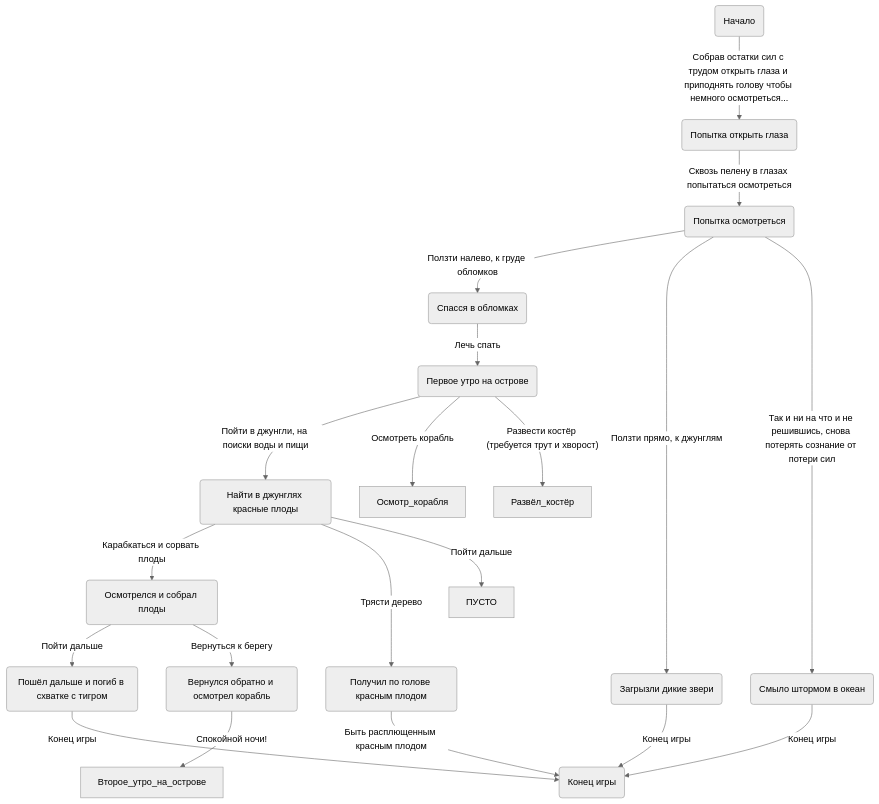
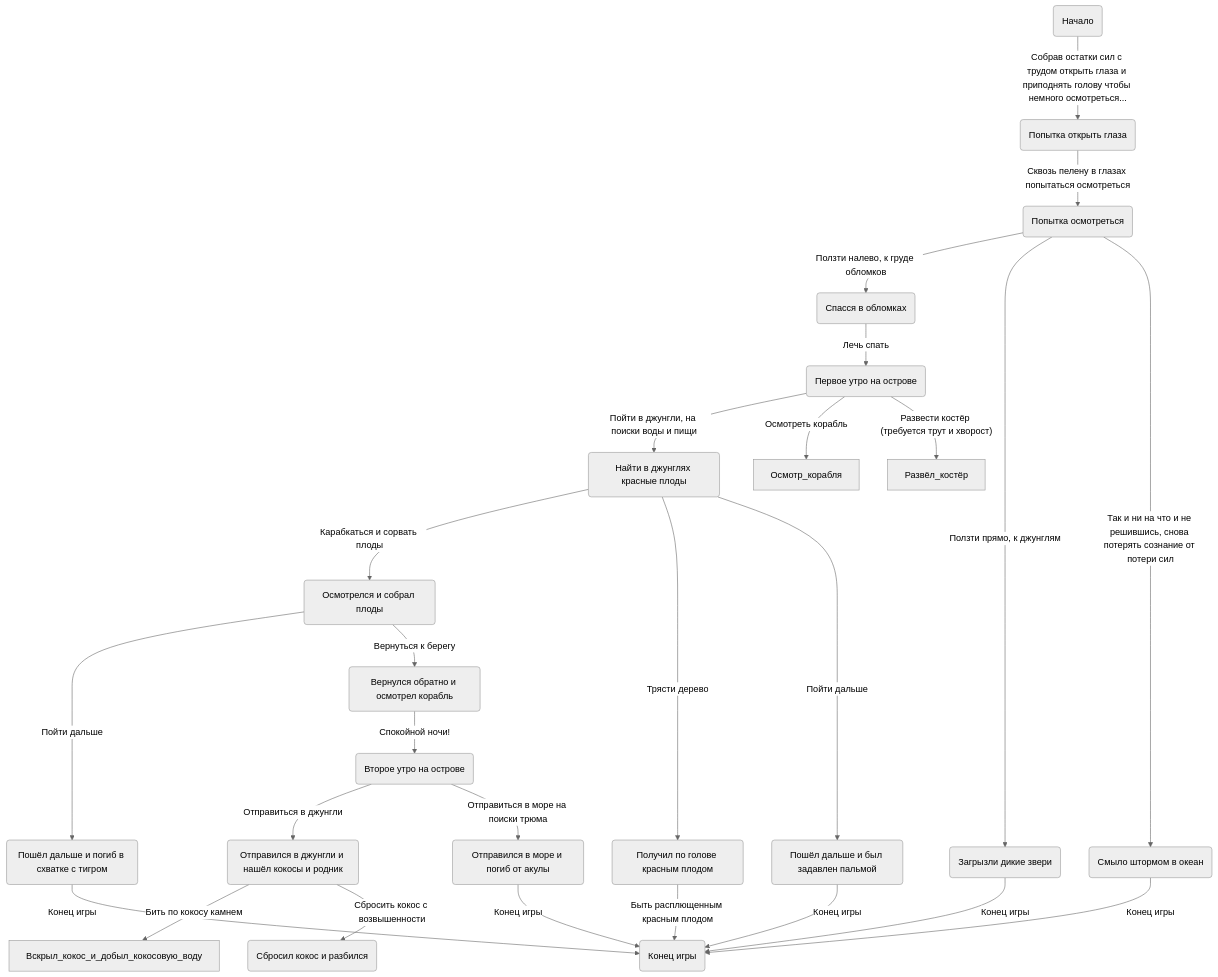
Before and after one commit to usachborodach/RobinZone: the diagram in diagram.mmd, drawn with Mermaid (neutral theme). The commit also changed 12 other files, not shown here.

```diff
--- a/diagram.mmd
+++ b/diagram.mmd
@@ -1,33 +1,44 @@
 flowchart TD
+Пошёл_дальше_и_был_задавлен_пальмой("Пошёл дальше и был задавлен пальмой")
+Пошёл_дальше_и_был_задавлен_пальмой -- Конец игры --> Конец_игры
 Пошёл_дальше_и_погиб_в_схватке_с_тигром("Пошёл дальше и погиб в схватке с тигром")
 Пошёл_дальше_и_погиб_в_схватке_с_тигром -- Конец игры --> Конец_игры
 Первое_утро_на_острове("Первое утро на острове")
 Первое_утро_на_острове -- Пойти в джунгли, на поиски воды и пищи --> Найти_в_джунглях_красные_плоды
 Первое_утро_на_острове -- Осмотреть корабль --> Осмотр_корабля
 Первое_утро_на_острове -- Развести костёр (требуется трут и хворост) --> Развёл_костёр
 Попытка_осмотреться("Попытка осмотреться")
 Попытка_осмотреться -- Ползти налево, к груде обломков --> Спасся_в_обломках
 Попытка_осмотреться -- Ползти прямо, к джунглям --> Загрызли_дикие_звери
 Попытка_осмотреться -- Так и ни на что и не решившись, снова потерять сознание от потери сил --> Смыло_штормом_в_океан
+Отправился_в_море_и_погиб_от_акулы("Отправился в море и погиб от акулы")
+Отправился_в_море_и_погиб_от_акулы -- Конец игры --> Конец_игры
 Осмотрелся_и_собрал_плоды("Осмотрелся и собрал плоды")
 Осмотрелся_и_собрал_плоды -- Пойти дальше --> Пошёл_дальше_и_погиб_в_схватке_с_тигром
 Осмотрелся_и_собрал_плоды -- Вернуться к берегу --> Вернулся_обратно_и_осмотрел_корабль
+Второе_утро_на_острове("Второе утро на острове")
+Второе_утро_на_острове -- Отправиться в джунгли --> Отправился_в_джунгли_и_нашёл_кокосы_и_родник
+Второе_утро_на_острове -- Отправиться в море на поиски трюма --> Отправился_в_море_и_погиб_от_акулы
 Попытка_открыть_глаза("Попытка открыть глаза")
 Попытка_открыть_глаза -- Сквозь пелену в глазах попытаться осмотреться --> Попытка_осмотреться
 Смыло_штормом_в_океан("Смыло штормом в океан")
 Смыло_штормом_в_океан -- Конец игры --> Конец_игры
 Найти_в_джунглях_красные_плоды("Найти в джунглях красные плоды")
 Найти_в_джунглях_красные_плоды -- Карабкаться и сорвать плоды --> Осмотрелся_и_собрал_плоды
 Найти_в_джунглях_красные_плоды -- Трясти дерево --> Получил_по_голове_красным_плодом
-Найти_в_джунглях_красные_плоды -- Пойти дальше --> ПУСТО
+Найти_в_джунглях_красные_плоды -- Пойти дальше --> Пошёл_дальше_и_был_задавлен_пальмой
 Вернулся_обратно_и_осмотрел_корабль("Вернулся обратно и осмотрел корабль")
 Вернулся_обратно_и_осмотрел_корабль -- Спокойной ночи! --> Второе_утро_на_острове
+Сбросил_кокос_и_разбился("Сбросил кокос и разбился")
 Конец_игры("Конец игры")
 Загрызли_дикие_звери("Загрызли дикие звери")
 Загрызли_дикие_звери -- Конец игры --> Конец_игры
 Спасся_в_обломках("Спасся в обломках")
 Спасся_в_обломках -- Лечь спать --> Первое_утро_на_острове
 Начало("Начало")
 Начало -- Собрав остатки сил с трудом открыть глаза и приподнять голову чтобы немного осмотреться... --> Попытка_открыть_глаза
 Получил_по_голове_красным_плодом("Получил по голове красным плодом")
 Получил_по_голове_красным_плодом -- Быть расплющенным красным плодом --> Конец_игры
+Отправился_в_джунгли_и_нашёл_кокосы_и_родник("Отправился в джунгли и нашёл кокосы и родник")
+Отправился_в_джунгли_и_нашёл_кокосы_и_родник -- Бить по кокосу камнем --> Вскрыл_кокос_и_добыл_кокосовую_воду
+Отправился_в_джунгли_и_нашёл_кокосы_и_родник -- Сбросить кокос с возвышенности --> Сбросил_кокос_и_разбился
```
